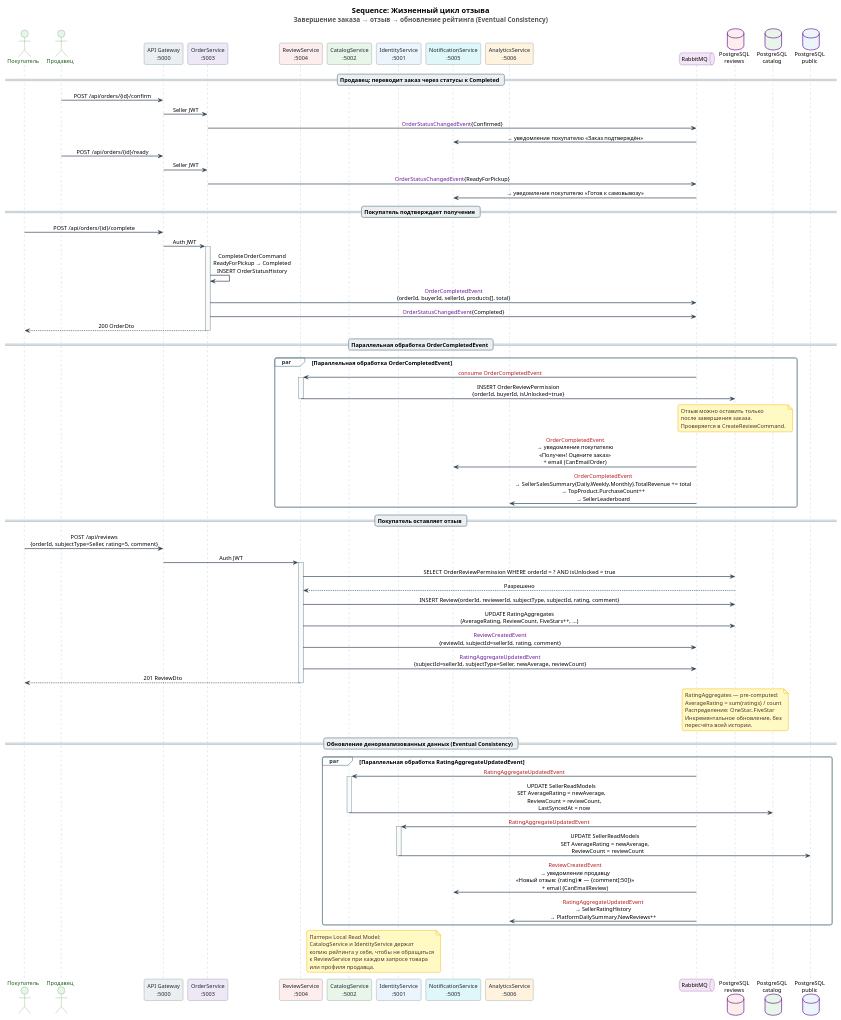
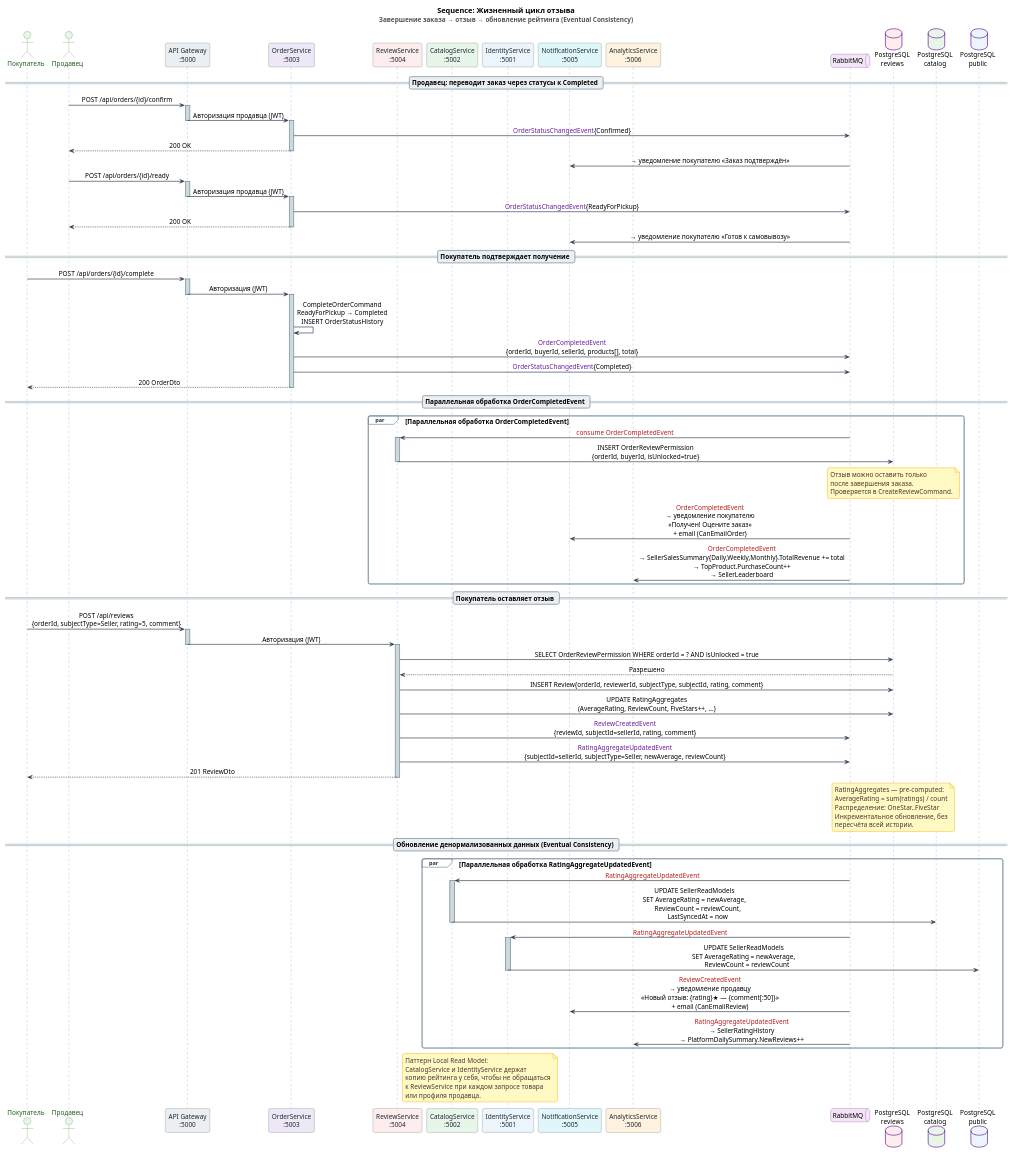
Before and after one commit to LocMp-olegg/LocalMarketplace: the diagram in docs/diagrams/seq-review-lifecycle.puml, drawn with PlantUML. The commit also changed 11 other files, not shown here.

```diff
--- a/docs/diagrams/seq-review-lifecycle.puml
+++ b/docs/diagrams/seq-review-lifecycle.puml
@@ -1,168 +1,182 @@
 @startuml seq-review-lifecycle
 title <size:16><b>Sequence: Жизненный цикл отзыва</b></size>\n<color:#555>Завершение заказа → отзыв → обновление рейтинга (Eventual Consistency)</color>
 
 skinparam defaultFontName "Segoe UI", Arial, sans-serif
-skinparam defaultFontSize 12
+skinparam defaultFontSize 14
 skinparam roundcorner 8
 skinparam shadowing false
 skinparam sequenceMessageAlign center
 skinparam responseMessageBelowArrow true
 
 skinparam participant {
     BackgroundColor White
     BorderColor #455A64
     FontColor #1C2833
 }
 skinparam actor {
     BackgroundColor #E8F5E9
     BorderColor #2E7D32
     FontColor #1B5E20
 }
 skinparam queue {
     BackgroundColor #F3E5F5
     BorderColor #6A1B9A
 }
 skinparam database {
     BackgroundColor #EDE7F6
     BorderColor #6A1B9A
 }
 skinparam note {
     BackgroundColor #FFF9C4
     BorderColor #FBC02D
     FontColor #4E342E
     BorderThickness 1.2
     roundcorner 6
 }
 skinparam sequence {
     ArrowColor #2C3E50
     ArrowThickness 1.4
-    LifeLineBorderColor #90A4AE
-    LifeLineBackgroundColor #FAFAFA
+    LifeLineBorderColor #607D8B
+    LifeLineBackgroundColor #CFD8DC
     BoxBorderColor #B0BEC5
     BoxBackgroundColor transparent
     DividerBackgroundColor #ECEFF1
     DividerBorderColor #90A4AE
     GroupBorderColor #78909C
     GroupBackgroundColor transparent
     GroupHeaderFontColor #263238
     GroupHeaderFontSize 12
 }
 
 actor       "Покупатель"              as Buyer
 actor       "Продавец"                as Seller
 participant "API Gateway\n:5000"      as GW    #ECEFF1
 participant "OrderService\n:5003"     as OS    #EDE7F6
 participant "ReviewService\n:5004"    as RS    #FDEDEC
 participant "CatalogService\n:5002"   as CS    #E8F5E9
 participant "IdentityService\n:5001"  as IS    #EBF5FB
 participant "NotificationService\n:5005" as NS #E0F7FA
 participant "AnalyticsService\n:5006" as AS    #FFF3E0
 queue       "RabbitMQ"                as MQ    #F3E5F5
 database    "PostgreSQL\nreviews"     as PGRS  #FDEDEC
 database    "PostgreSQL\ncatalog"     as PGCS  #E8F5E9
 database    "PostgreSQL\npublic"      as PGIS  #EBF5FB
 
 ' ══════════════════════════════════════════════════════════════
 == Продавец: переводит заказ через статусы к Completed ==
 ' ══════════════════════════════════════════════════════════════
 
 Seller -> GW  : POST /api/orders/{id}/confirm
-GW     -> OS  : Seller JWT
+activate GW
+GW     -> OS  : Авторизация продавца (JWT)
+deactivate GW
+activate OS
 OS     -> MQ  : <color:#6A1B9A>OrderStatusChangedEvent</color>{Confirmed}
+OS    --> Seller : 200 OK
+deactivate OS
 MQ     -> NS  : → уведомление покупателю «Заказ подтверждён»
 
 Seller -> GW  : POST /api/orders/{id}/ready
-GW     -> OS  : Seller JWT
+activate GW
+GW     -> OS  : Авторизация продавца (JWT)
+deactivate GW
+activate OS
 OS     -> MQ  : <color:#6A1B9A>OrderStatusChangedEvent</color>{ReadyForPickup}
+OS    --> Seller : 200 OK
+deactivate OS
 MQ     -> NS  : → уведомление покупателю «Готов к самовывозу»
 
 ' ══════════════════════════════════════════════════════════════
 == Покупатель подтверждает получение ==
 ' ══════════════════════════════════════════════════════════════
 
 Buyer -> GW  : POST /api/orders/{id}/complete
-GW    -> OS  : Auth JWT
+activate GW
+GW    -> OS  : Авторизация (JWT)
+deactivate GW
 activate OS
 OS    -> OS  : CompleteOrderCommand\nReadyForPickup → Completed\nINSERT OrderStatusHistory
 
 OS    -> MQ  : <color:#6A1B9A>OrderCompletedEvent</color>\n{orderId, buyerId, sellerId, products[], total}
 OS    -> MQ  : <color:#6A1B9A>OrderStatusChangedEvent</color>{Completed}
 OS   --> Buyer: 200 OrderDto
 deactivate OS
 
 ' ══════════════════════════════════════════════════════════════
 == Параллельная обработка OrderCompletedEvent ==
 ' ══════════════════════════════════════════════════════════════
 
 par Параллельная обработка OrderCompletedEvent
     MQ -> RS : <color:#B71C1C>consume OrderCompletedEvent</color>
     activate RS
     RS -> PGRS : INSERT OrderReviewPermission\n{orderId, buyerId, isUnlocked=true}
     note over PGRS
       Отзыв можно оставить только
       после завершения заказа.
       Проверяется в CreateReviewCommand.
     end note
     deactivate RS
 
     MQ -> NS : <color:#B71C1C>OrderCompletedEvent</color>\n→ уведомление покупателю\n«Получен! Оцените заказ»\n+ email (CanEmailOrder)
 
     MQ -> AS : <color:#B71C1C>OrderCompletedEvent</color>\n→ SellerSalesSummary{Daily,Weekly,Monthly}.TotalRevenue += total\n→ TopProduct.PurchaseCount++\n→ SellerLeaderboard
 end
 
 ' ══════════════════════════════════════════════════════════════
 == Покупатель оставляет отзыв ==
 ' ══════════════════════════════════════════════════════════════
 
 Buyer -> GW  : POST /api/reviews\n{orderId, subjectType=Seller, rating=5, comment}
-GW    -> RS  : Auth JWT
+activate GW
+GW    -> RS  : Авторизация (JWT)
+deactivate GW
 activate RS
 RS    -> PGRS : SELECT OrderReviewPermission WHERE orderId = ? AND isUnlocked = true
 PGRS --> RS   : Разрешено
 
 RS -> PGRS   : INSERT Review{orderId, reviewerId, subjectType, subjectId, rating, comment}
 
 RS -> PGRS   : UPDATE RatingAggregates\n(AverageRating, ReviewCount, FiveStars++, ...)
 
 RS -> MQ     : <color:#6A1B9A>ReviewCreatedEvent</color>\n{reviewId, subjectId=sellerId, rating, comment}
 RS -> MQ     : <color:#6A1B9A>RatingAggregateUpdatedEvent</color>\n{subjectId=sellerId, subjectType=Seller, newAverage, reviewCount}
 RS --> Buyer : 201 ReviewDto
 deactivate RS
 
 note over PGRS
   RatingAggregates — pre-computed:
   AverageRating = sum(ratings) / count
   Распределение: OneStar..FiveStar
   Инкрементальное обновление, без
   пересчёта всей истории.
 end note
 
 ' ══════════════════════════════════════════════════════════════
 == Обновление денормализованных данных (Eventual Consistency) ==
 ' ══════════════════════════════════════════════════════════════
 
 par Параллельная обработка RatingAggregateUpdatedEvent
     MQ -> CS : <color:#B71C1C>RatingAggregateUpdatedEvent</color>
     activate CS
     CS -> PGCS : UPDATE SellerReadModels\nSET AverageRating = newAverage,\n    ReviewCount = reviewCount,\n    LastSyncedAt = now
     deactivate CS
 
     MQ -> IS : <color:#B71C1C>RatingAggregateUpdatedEvent</color>
     activate IS
     IS -> PGIS : UPDATE SellerReadModels\nSET AverageRating = newAverage,\n    ReviewCount = reviewCount
     deactivate IS
 
     MQ -> NS : <color:#B71C1C>ReviewCreatedEvent</color>\n→ уведомление продавцу\n«Новый отзыв: {rating}★ — {comment[:50]}»\n+ email (CanEmailReview)
 
     MQ -> AS : <color:#B71C1C>RatingAggregateUpdatedEvent</color>\n→ SellerRatingHistory\n→ PlatformDailySummary.NewReviews++
 end
 
 note over CS, IS
   Паттерн Local Read Model:
   CatalogService и IdentityService держат
   копию рейтинга у себя, чтобы не обращаться
   к ReviewService при каждом запросе товара
   или профиля продавца.
 end note
 
 @enduml
```
